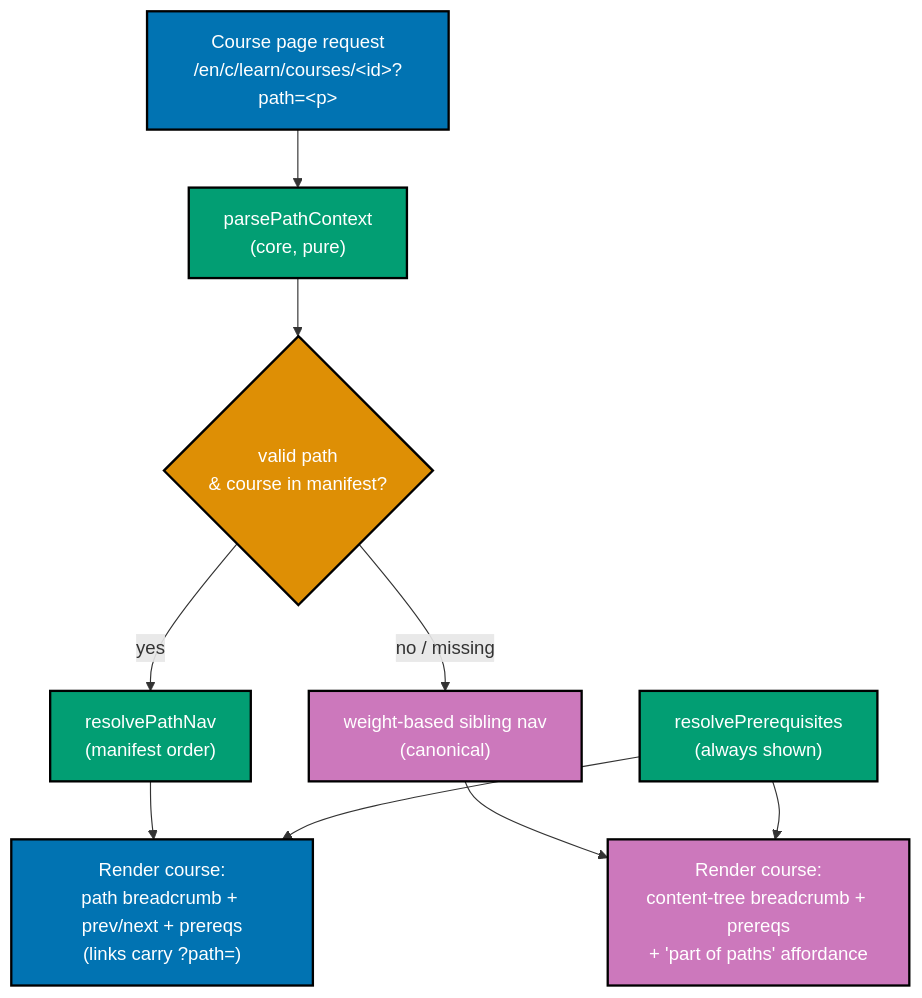
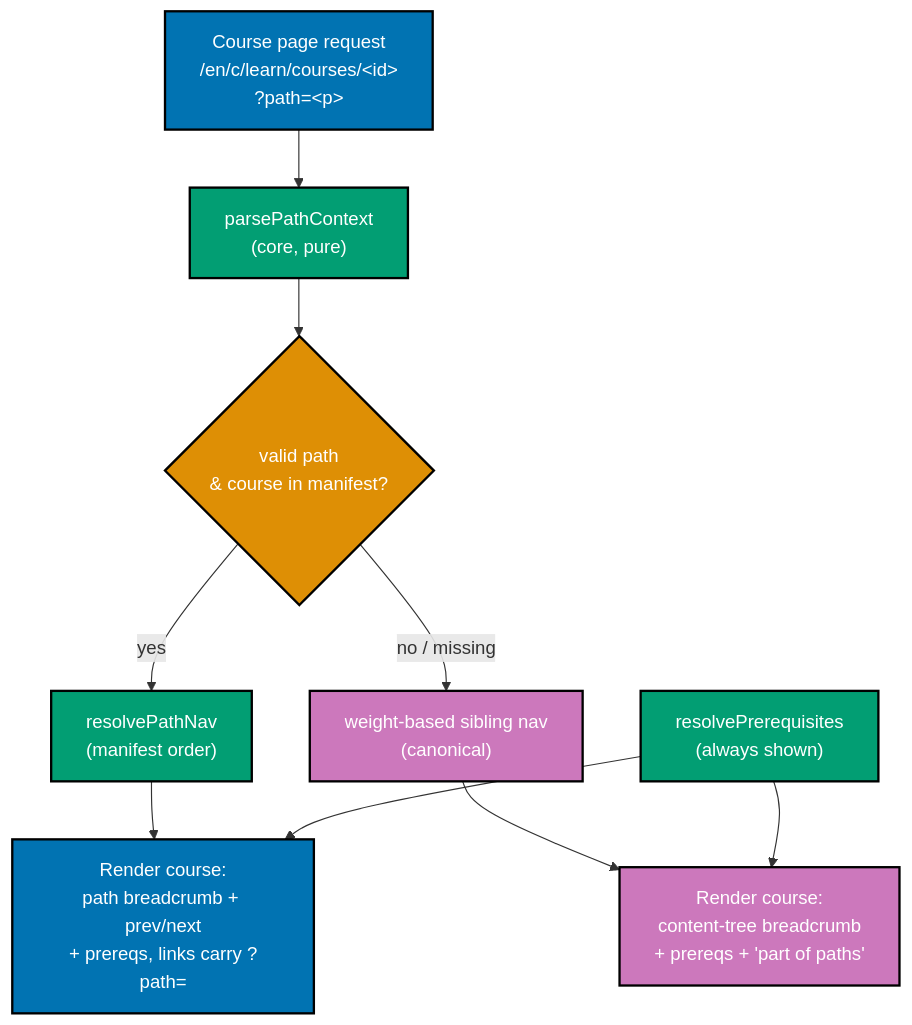
Before and after one commit to wahidyankf/baseerah: the second of 2 diagrams in plans/backlog/shared-course-library-and-learning-paths/tech-docs.md, drawn with Mermaid. The commit also changed 20 other files, not shown here.

First line of the commit message:
fix(docs): remediate mermaid violations surfaced by the detect_kind fix

````diff
--- a/plans/backlog/shared-course-library-and-learning-paths/tech-docs.md
+++ b/plans/backlog/shared-course-library-and-learning-paths/tech-docs.md
@@ -385,23 +385,23 @@
 ```mermaid
 %% Color Palette: Blue #0173B2, Orange #DE8F05, Teal #029E73, Purple #CC78BC — WCAG-AA, CB-friendly.
 flowchart TD
-    REQ["Course page request<br/>/en/c/learn/courses/&lt;id&gt;?path=&lt;p&gt;"]:::blue
+    REQ["Course page request<br/>/en/c/learn/courses/&lt;id&gt;<br/>?path=&lt;p&gt;"]:::blue
     CTX["parsePathContext<br/>(core, pure)"]:::teal
     VALID{"valid path<br/>&amp; course in manifest?"}:::orange
     NAVP["resolvePathNav<br/>(manifest order)"]:::teal
     NAVC["weight-based sibling nav<br/>(canonical)"]:::purple
     PREQ["resolvePrerequisites<br/>(always shown)"]:::teal
-    RENDER["Render course:<br/>path breadcrumb + prev/next + prereqs<br/>(links carry ?path=)"]:::blue
-    RENDERC["Render course:<br/>content-tree breadcrumb + prereqs<br/>+ 'part of paths' affordance"]:::purple
+    RENDER["Render course:<br/>path breadcrumb + prev/next<br/>+ prereqs, links carry ?path="]:::blue
+    RENDERC["Render course:<br/>content-tree breadcrumb<br/>+ prereqs + 'part of paths'"]:::purple
 
     REQ --> CTX --> VALID
     VALID -->|yes| NAVP --> RENDER
     VALID -->|no / missing| NAVC --> RENDERC
     PREQ --> RENDER
     PREQ --> RENDERC
 
     classDef blue fill:#0173B2,stroke:#000,color:#fff,stroke-width:2px
     classDef teal fill:#029E73,stroke:#000,color:#fff,stroke-width:2px
     classDef orange fill:#DE8F05,stroke:#000,color:#fff,stroke-width:2px
     classDef purple fill:#CC78BC,stroke:#000,color:#fff,stroke-width:2px
 ```
````
